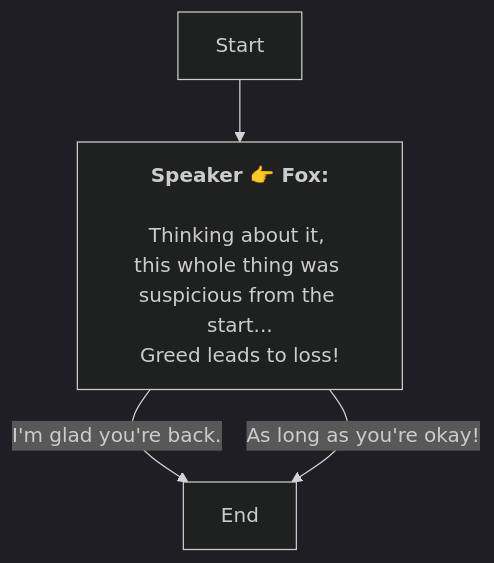
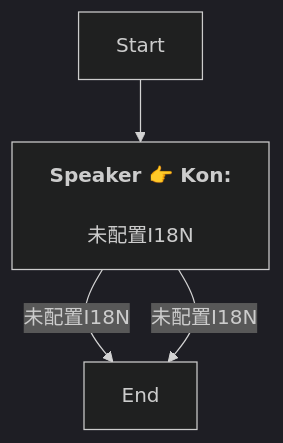
One commit to SoftHu/tos_avg changed the diagram in En/QuestStartTalkENode_1739146114390373.md. Above: the diagram before and after it, drawn with Mermaid (dark theme). The commit also changed 730 other files, not shown here.

````diff
--- a/En/QuestStartTalkENode_1739146114390373.md
+++ b/En/QuestStartTalkENode_1739146114390373.md
@@ -1,10 +1,8 @@
 ```mermaid
 graph
-Start -->1770679271752837[<b>Speaker 👉 Fox:</b>
-\nThinking about it, 
-this whole thing was suspicious from the start...
-Greed leads to loss!]
-1770679271752837 -->|I'm glad you're back.|1739146289998191[End]
-1770679271752837 -->|As long as you're okay!|1739146289998191[End]
+Start -->1770679271752837[<b>Speaker 👉 Kon:</b>
+\n未配置I18N]
+1770679271752837 -->|未配置I18N|1739146289998191[End]
+1770679271752837 -->|未配置I18N|1739146289998191[End]
 
 ```
````
